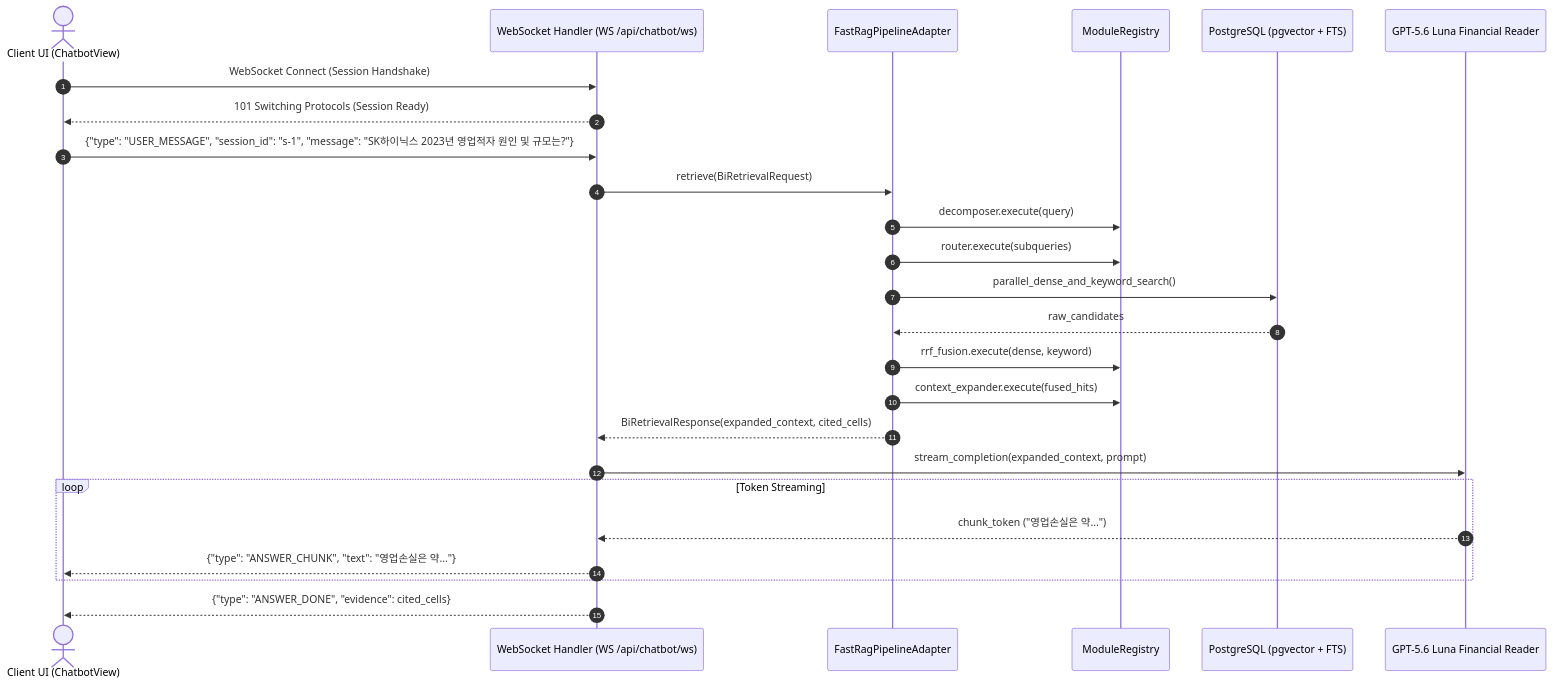
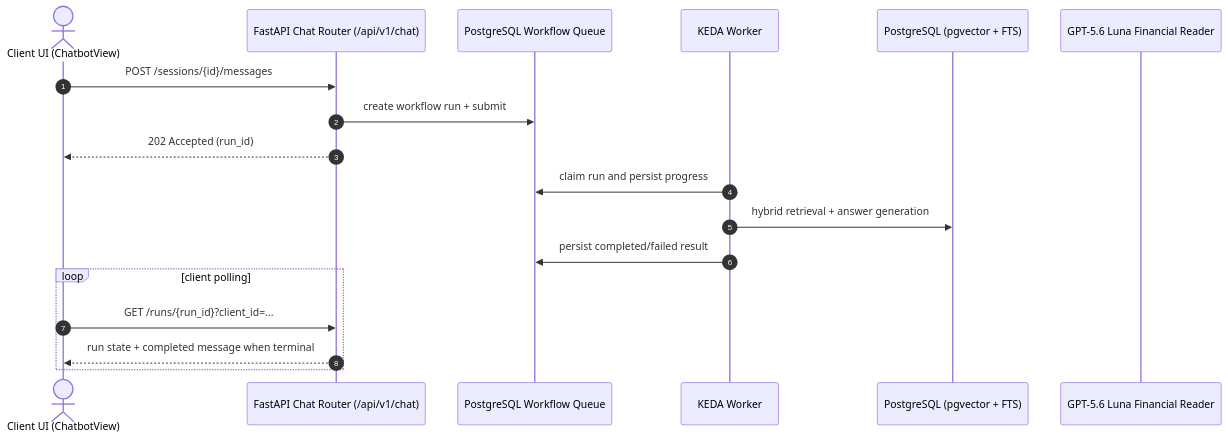
The first of 2 diagrams in docs/final_report/03_system_architecture_and_design/SEC-303_sequence_diagrams.md (bist-mini-final/bist-mini-final), drawn with Mermaid before and after one commit. The commit also changed other lines of this file and 138 other files, not shown here.

````diff
--- a/docs/final_report/03_system_architecture_and_design/SEC-303_sequence_diagrams.md
+++ b/docs/final_report/03_system_architecture_and_design/SEC-303_sequence_diagrams.md
@@ -11,30 +11,21 @@
 ```mermaid
 sequenceDiagram
     autonumber
     actor User as Client UI (ChatbotView)
-    participant WS as WebSocket Handler (WS /api/chatbot/ws)
-    participant Adapter as FastRagPipelineAdapter
-    participant Reg as ModuleRegistry
+    participant API as FastAPI Chat Router (/api/v1/chat)
+    participant Queue as PostgreSQL Workflow Queue
+    participant Worker as KEDA Worker
     participant PG as PostgreSQL (pgvector + FTS)
     participant LLM as GPT-5.6 Luna Financial Reader
 
-    User->>WS: WebSocket Connect (Session Handshake)
-    WS-->>User: 101 Switching Protocols (Session Ready)
-
-    User->>WS: {"type": "USER_MESSAGE", "session_id": "s-1", "message": "SK하이닉스 2023년 영업적자 원인 및 규모는?"}
-    WS->>Adapter: retrieve(BiRetrievalRequest)
-    Adapter->>Reg: decomposer.execute(query)
-    Adapter->>Reg: router.execute(subqueries)
-    Adapter->>PG: parallel_dense_and_keyword_search()
-    PG-->>Adapter: raw_candidates
-    Adapter->>Reg: rrf_fusion.execute(dense, keyword)
-    Adapter->>Reg: context_expander.execute(fused_hits)
-    Adapter-->>WS: BiRetrievalResponse(expanded_context, cited_cells)
-
-    WS->>LLM: stream_completion(expanded_context, prompt)
-    loop Token Streaming
-        LLM-->>WS: chunk_token ("영업손실은 약...")
-        WS-->>User: {"type": "ANSWER_CHUNK", "text": "영업손실은 약..."}
+    User->>API: POST /sessions/{id}/messages
+    API->>Queue: create workflow run + submit
+    API-->>User: 202 Accepted (run_id)
+    Worker->>Queue: claim run and persist progress
+    Worker->>PG: hybrid retrieval + answer generation
+    Worker->>Queue: persist completed/failed result
+    loop client polling
+        User->>API: GET /runs/{run_id}?client_id=...
+        API-->>User: run state + completed message when terminal
     end
-    WS-->>User: {"type": "ANSWER_DONE", "evidence": cited_cells}
 ```
````
